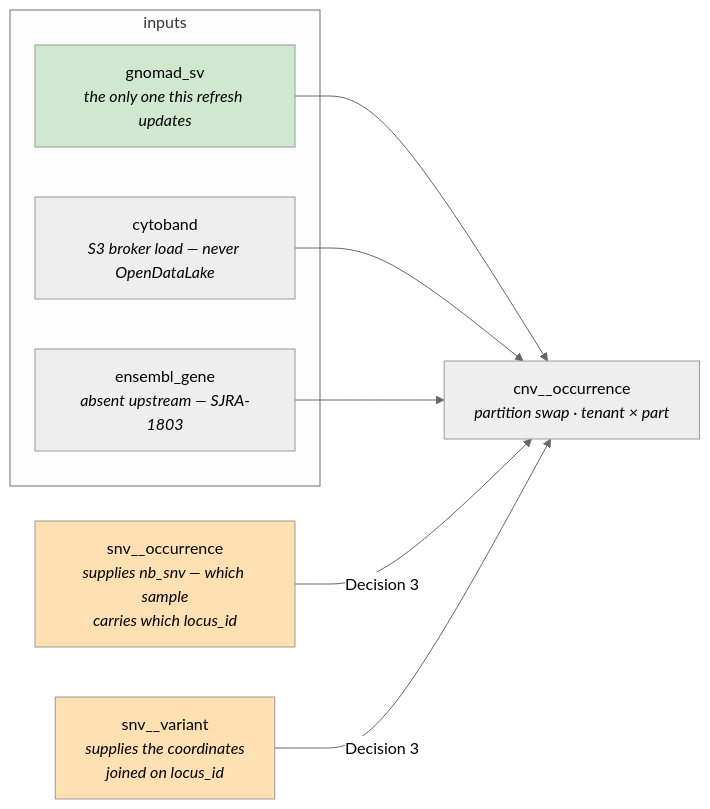
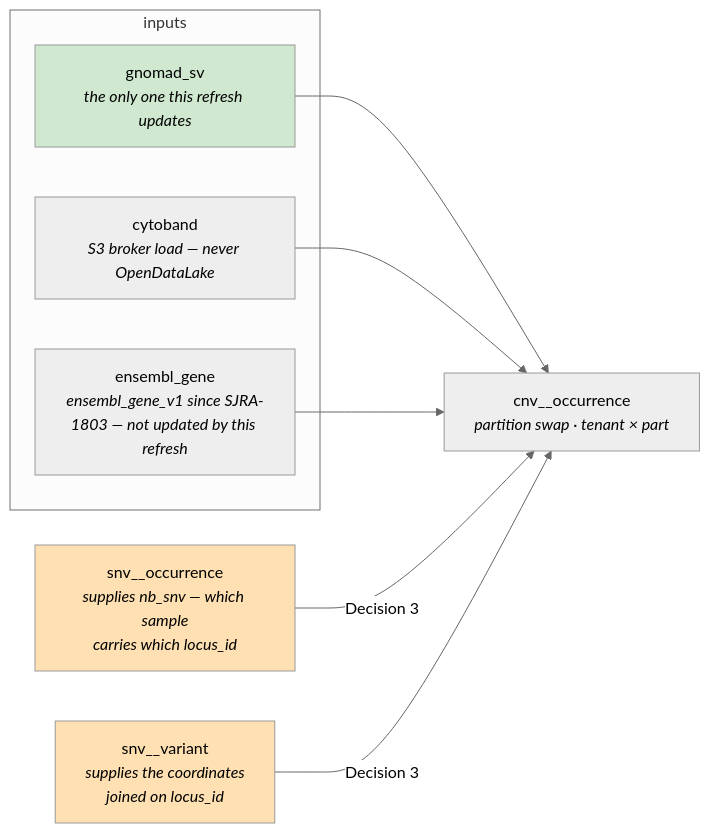
The third of 4 diagrams in design/SJRA-1811-opendatalake-integration.md (radiant-network/radiant-portal-pipeline), drawn with Mermaid (neutral theme) before and after one commit. The commit also changed other lines of this file and 16 other files, not shown here.

Commit message:
feat: SJRA-1803 read the ensembl tables from OpenDataLake (#255)

````diff
--- a/design/SJRA-1811-opendatalake-integration.md
+++ b/design/SJRA-1811-opendatalake-integration.md
@@ -370,19 +383,19 @@
 ```mermaid
 flowchart LR
     subgraph SRC["inputs"]
         GSV["gnomad_sv<br/><i>the only one this refresh updates</i>"]
         CB["cytoband<br/><i>S3 broker load — never OpenDataLake</i>"]
-        EG["ensembl_gene<br/><i>absent upstream — SJRA-1803</i>"]
+        EG["ensembl_gene<br/><i>ensembl_gene_v1 since SJRA-1803 — not updated by this refresh</i>"]
     end
     SNVO["snv__occurrence<br/><i>supplies nb_snv — which sample<br/>carries which locus_id</i>"]
     SV["snv__variant<br/><i>supplies the coordinates<br/>joined on locus_id</i>"]
     OCC["cnv__occurrence<br/><i>partition swap · tenant × part</i>"]
     GSV --> OCC
     CB --> OCC
     EG --> OCC
     SNVO -->|"Decision 3"| OCC
     SV -->|"Decision 3"| OCC
     style GSV fill:#cfe8cf,color:#000
     style SNVO fill:#ffe0b2,color:#000
     style SV fill:#ffe0b2,color:#000
 ```
````
